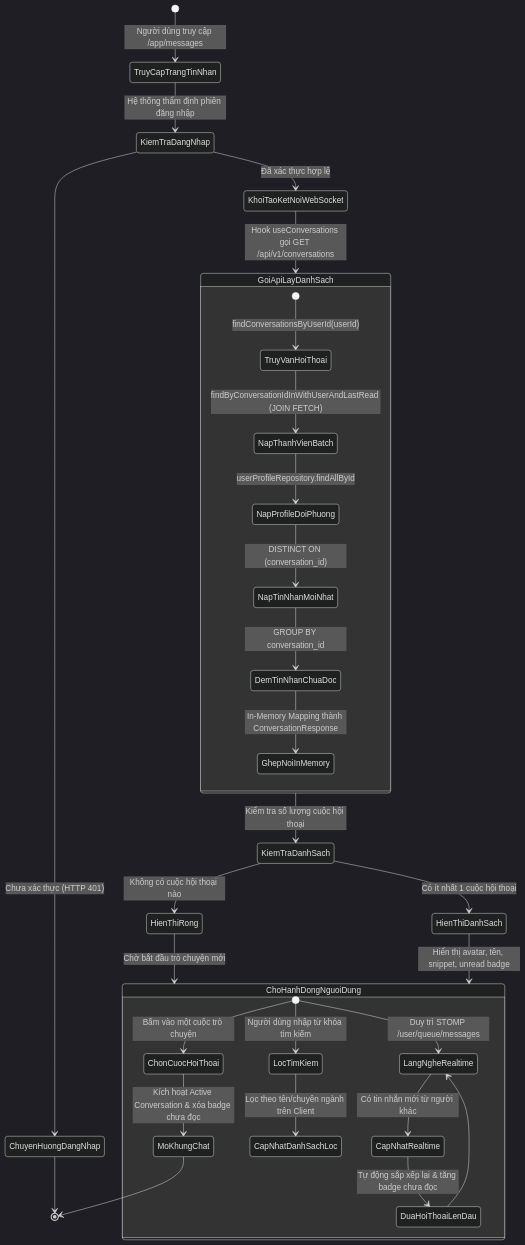
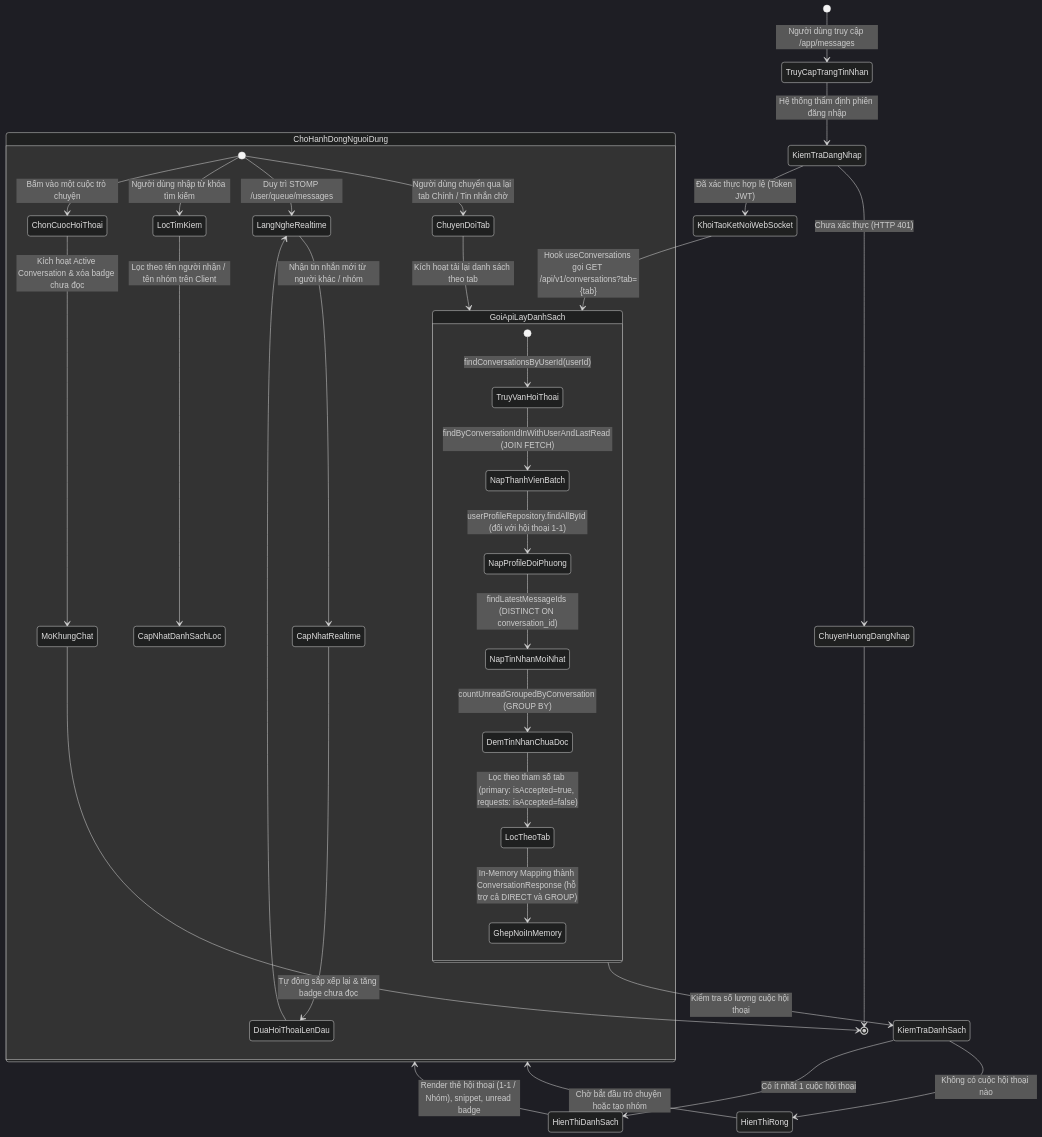
The first of 4 diagrams in docs/update_SRS/SRS_UC_34_ViewConversationList.md (Alumnect/Alumnect), drawn with Mermaid (dark theme) before and after one commit. The commit also changed other lines of this file and 46 other files, not shown here.

Commit message:
feat(messaging): implement group chat, message requests, email directory search and update SRS docs (UC33-UC39)

````diff
--- a/docs/update_SRS/SRS_UC_34_ViewConversationList.md
+++ b/docs/update_SRS/SRS_UC_34_ViewConversationList.md
@@ -7,45 +7,49 @@
 ```mermaid
 stateDiagram-v2
     [*] --> TruyCapTrangTinNhan: Người dùng truy cập /app/messages
     TruyCapTrangTinNhan --> KiemTraDangNhap: Hệ thống thẩm định phiên đăng nhập
     
     state KiemTraDangNhap <<choice>>
     KiemTraDangNhap --> ChuyenHuongDangNhap: Chưa xác thực (HTTP 401)
     ChuyenHuongDangNhap --> [*]
     
-    KiemTraDangNhap --> KhoiTaoKetNoiWebSocket: Đã xác thực hợp lệ
-    KhoiTaoKetNoiWebSocket --> GoiApiLayDanhSach: Hook useConversations gọi GET /api/v1/conversations
+    KiemTraDangNhap --> KhoiTaoKetNoiWebSocket: Đã xác thực hợp lệ (Token JWT)
+    KhoiTaoKetNoiWebSocket --> GoiApiLayDanhSach: Hook useConversations gọi GET /api/v1/conversations?tab={tab}
     
     state GoiApiLayDanhSach {
         [*] --> TruyVanHoiThoai: findConversationsByUserId(userId)
         TruyVanHoiThoai --> NapThanhVienBatch: findByConversationIdInWithUserAndLastRead (JOIN FETCH)
-        NapThanhVienBatch --> NapProfileDoiPhuong: userProfileRepository.findAllById
-        NapProfileDoiPhuong --> NapTinNhanMoiNhat: DISTINCT ON (conversation_id)
-        NapTinNhanMoiNhat --> DemTinNhanChuaDoc: GROUP BY conversation_id
-        DemTinNhanChuaDoc --> GhepNoiInMemory: In-Memory Mapping thành ConversationResponse
+        NapThanhVienBatch --> NapProfileDoiPhuong: userProfileRepository.findAllById (đối với hội thoại 1-1)
+        NapProfileDoiPhuong --> NapTinNhanMoiNhat: findLatestMessageIds (DISTINCT ON conversation_id)
+        NapTinNhanMoiNhat --> DemTinNhanChuaDoc: countUnreadGroupedByConversation (GROUP BY)
+        DemTinNhanChuaDoc --> LocTheoTab: Lọc theo tham số tab (primary: isAccepted=true, requests: isAccepted=false)
+        LocTheoTab --> GhepNoiInMemory: In-Memory Mapping thành ConversationResponse (hỗ trợ cả DIRECT và GROUP)
     }
     
     GoiApiLayDanhSach --> KiemTraDanhSach: Kiểm tra số lượng cuộc hội thoại
     
     state KiemTraDanhSach <<choice>>
     KiemTraDanhSach --> HienThiRong: Không có cuộc hội thoại nào
-    HienThiRong --> ChoHanhDongNguoiDung: Chờ bắt đầu trò chuyện mới
+    HienThiRong --> ChoHanhDongNguoiDung: Chờ bắt đầu trò chuyện hoặc tạo nhóm
     
     KiemTraDanhSach --> HienThiDanhSach: Có ít nhất 1 cuộc hội thoại
-    HienThiDanhSach --> ChoHanhDongNguoiDung: Hiển thị avatar, tên, snippet, unread badge
+    HienThiDanhSach --> ChoHanhDongNguoiDung: Render thẻ hội thoại (1-1 / Nhóm), snippet, unread badge
     
     state ChoHanhDongNguoiDung {
+        [*] --> ChuyenDoiTab: Người dùng chuyển qua lại tab Chính / Tin nhắn chờ
+        ChuyenDoiTab --> GoiApiLayDanhSach: Kích hoạt tải lại danh sách theo tab
+        
         [*] --> LangNgheRealtime: Duy trì STOMP /user/queue/messages
-        LangNgheRealtime --> CapNhatRealtime: Có tin nhắn mới từ người khác
+        LangNgheRealtime --> CapNhatRealtime: Nhận tin nhắn mới từ người khác / nhóm
         CapNhatRealtime --> DuaHoiThoaiLenDau: Tự động sắp xếp lại & tăng badge chưa đọc
         DuaHoiThoaiLenDau --> LangNgheRealtime
         
         [*] --> LocTimKiem: Người dùng nhập từ khóa tìm kiếm
-        LocTimKiem --> CapNhatDanhSachLoc: Lọc theo tên/chuyên ngành trên Client
+        LocTimKiem --> CapNhatDanhSachLoc: Lọc theo tên người nhận / tên nhóm trên Client
         
         [*] --> ChonCuocHoiThoai: Bấm vào một cuộc trò chuyện
         ChonCuocHoiThoai --> MoKhungChat: Kích hoạt Active Conversation & xóa badge chưa đọc
     }
     
     MoKhungChat --> [*]
 ```
````
